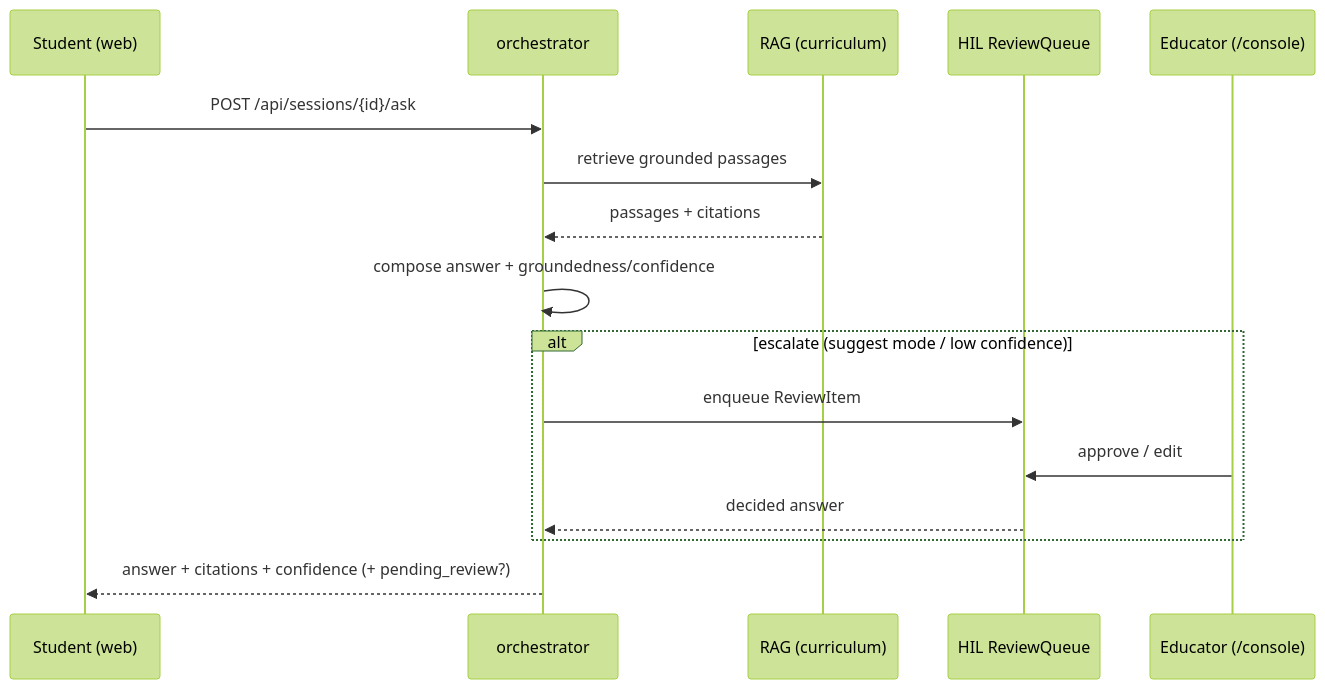
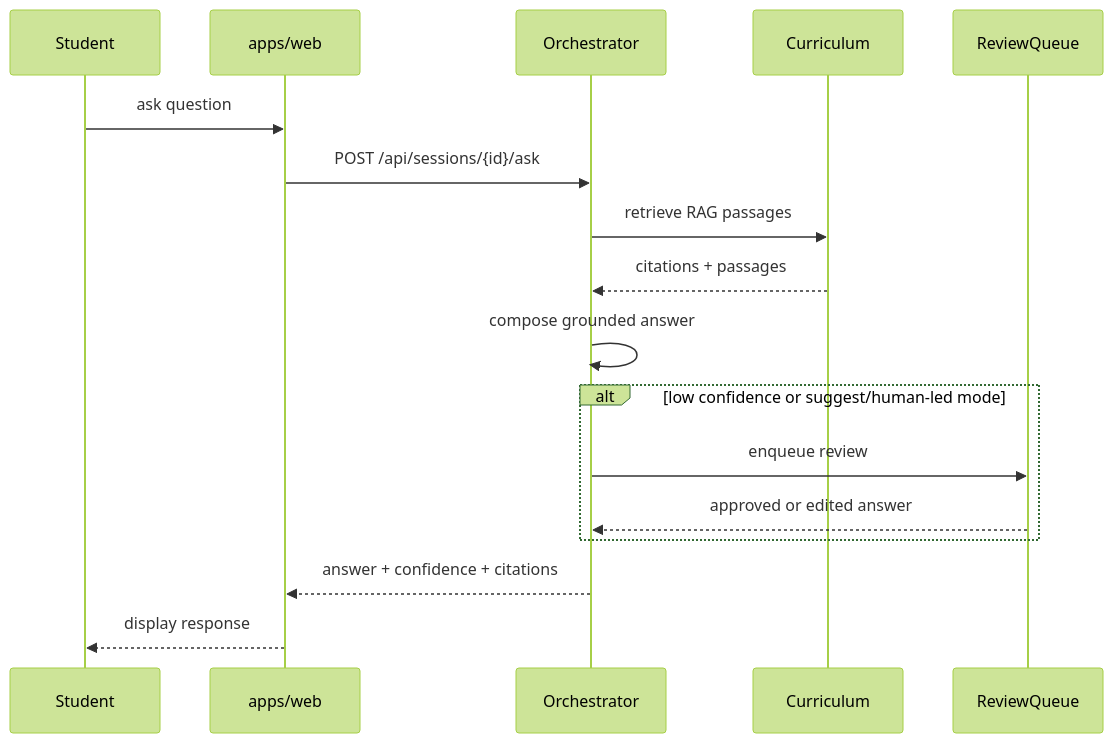
One commit to Channarith/getschoolled changed the second of 3 diagrams in README.md. Above: the diagram before and after it, drawn with Mermaid (forest theme). The commit also changed other lines of this file and 2 other files, not shown here.

````diff
--- a/README.md
+++ b/README.md
@@ -443,18 +94,19 @@
 ```mermaid
 sequenceDiagram
-  participant U as Student (web)
-  participant O as orchestrator
-  participant R as RAG (curriculum)
-  participant H as HIL ReviewQueue
-  participant T as Educator (/console)
-  U->>O: POST /api/sessions/{id}/ask
-  O->>R: retrieve grounded passages
-  R-->>O: passages + citations
-  O->>O: compose answer + groundedness/confidence
-  alt escalate (suggest mode / low confidence)
-    O->>H: enqueue ReviewItem
-    T->>H: approve / edit
-    H-->>O: decided answer
+  participant Student
+  participant Web as apps/web
+  participant Orchestrator
+  participant Curriculum
+  participant HIL as ReviewQueue
+  Student->>Web: ask question
+  Web->>Orchestrator: POST /api/sessions/{id}/ask
+  Orchestrator->>Curriculum: retrieve RAG passages
+  Curriculum-->>Orchestrator: citations + passages
+  Orchestrator->>Orchestrator: compose grounded answer
+  alt low confidence or suggest/human-led mode
+    Orchestrator->>HIL: enqueue review
+    HIL-->>Orchestrator: approved or edited answer
   end
-  O-->>U: answer + citations + confidence (+ pending_review?)
+  Orchestrator-->>Web: answer + confidence + citations
+  Web-->>Student: display response
 ```
````
